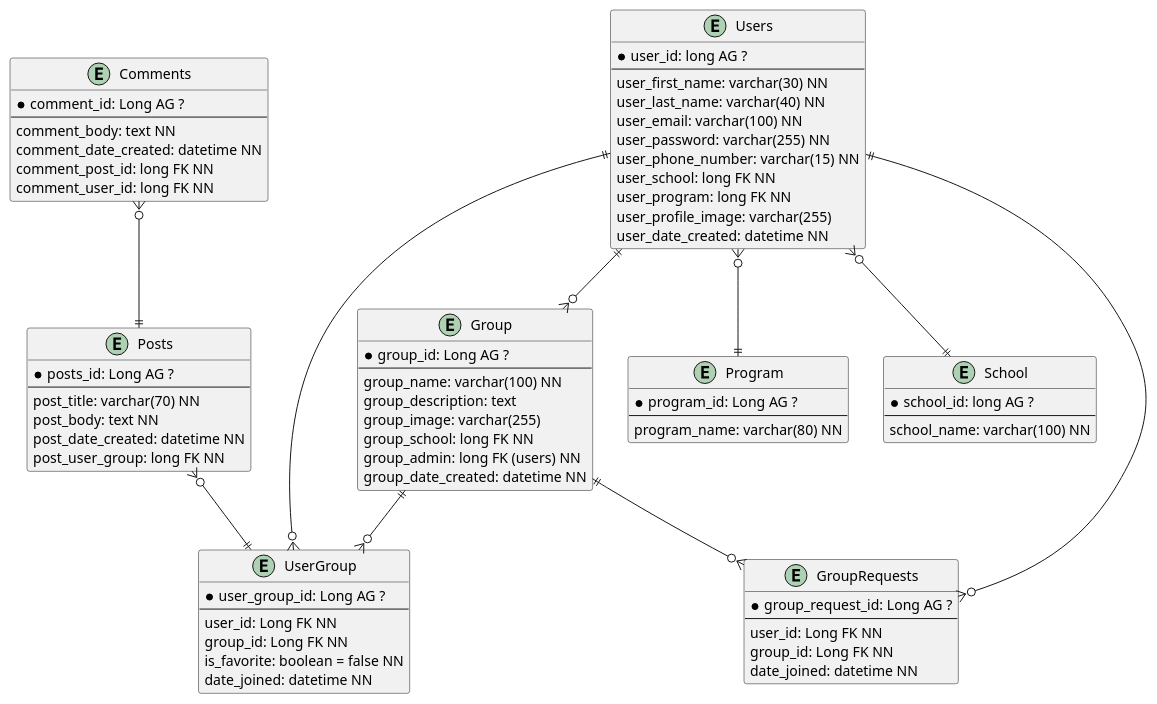
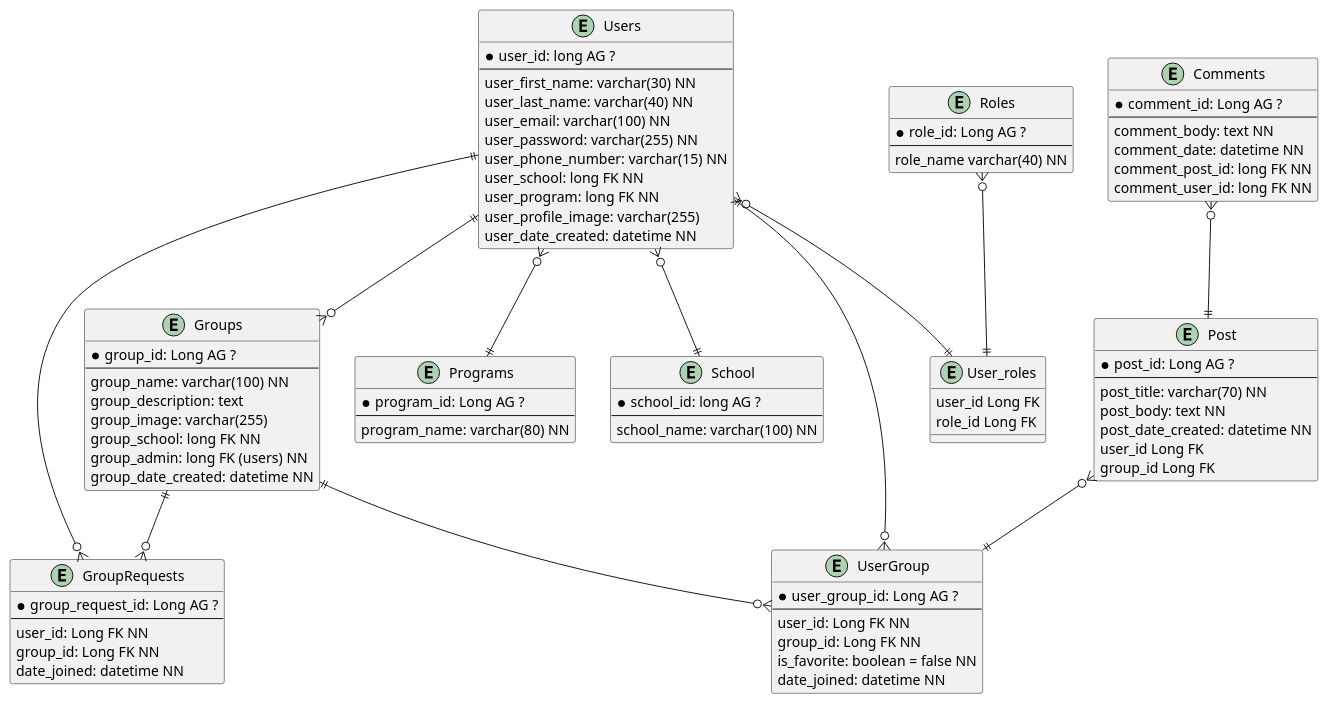
Before and after one commit to JonasBrattHansen/AtCampus: the diagram in Resources/MainDatabase.puml, drawn with PlantUML. The commit also changed 10 other files, not shown here.

Commit message:
Updated UML diagrams

```diff
--- a/Resources/MainDatabase.puml
+++ b/Resources/MainDatabase.puml
@@ -1,87 +1,100 @@
 @startuml
 'https://plantuml.com/object-diagram'
 
 entity Users{
     * user_id: long AG ?
     --
     user_first_name: varchar(30) NN
     user_last_name: varchar(40) NN
     user_email: varchar(100) NN
     user_password: varchar(255) NN
     user_phone_number: varchar(15) NN
     user_school: long FK NN
     user_program: long FK NN
     user_profile_image: varchar(255)
     user_date_created: datetime NN
 }
 
 entity School{
     * school_id: long AG ?
     --
     school_name: varchar(100) NN
 }
 
-entity Group{
+entity Groups{
     * group_id: Long AG ?
     --
     group_name: varchar(100) NN
     group_description: text
     group_image: varchar(255)
     group_school: long FK NN
     group_admin: long FK (users) NN
     group_date_created: datetime NN
 }
 
 entity UserGroup{
     * user_group_id: Long AG ?
     --
     user_id: Long FK NN
     group_id: Long FK NN
     is_favorite: boolean = false NN
     date_joined: datetime NN
 }
 
 entity GroupRequests{
     * group_request_id: Long AG ?
     --
     user_id: Long FK NN
     group_id: Long FK NN
     date_joined: datetime NN
 }
 
-entity Posts{
-    * posts_id: Long AG ?
+entity Post{
+    * post_id: Long AG ?
     --
     post_title: varchar(70) NN
     post_body: text NN
     post_date_created: datetime NN
-    post_user_group: long FK NN
+    user_id Long FK
+    group_id Long FK
 }
 
 entity Comments{
     * comment_id: Long AG ?
     --
     comment_body: text NN
-    comment_date_created: datetime NN
+    comment_date: datetime NN
     comment_post_id: long FK NN
     comment_user_id: long FK NN
 }
 
-entity Program{
+entity Programs{
     * program_id: Long AG ?
     --
     program_name: varchar(80) NN
 }
 
+entity Roles{
+    * role_id: Long AG ?
+    --
+    role_name varchar(40) NN
+}
+
+entity User_roles{
+    user_id Long FK
+    role_id Long FK
+}
 
 Users }o--|| School
-Users }o--|| Program
-Users ||--o{ Group
+Users }o--|| Programs
+Users}o--|| User_roles
+Users ||--o{ Groups
 Users ||--o{ UserGroup
-Group ||--o{ UserGroup
+Groups ||--o{ UserGroup
 Users ||--o{ GroupRequests
-Group ||--o{ GroupRequests
-Posts }o--|| UserGroup
-Comments }o--|| Posts
+Groups ||--o{ GroupRequests
+Post }o--|| UserGroup
+Comments }o--|| Post
+Roles }o--|| User_roles
 
 @enduml
```
